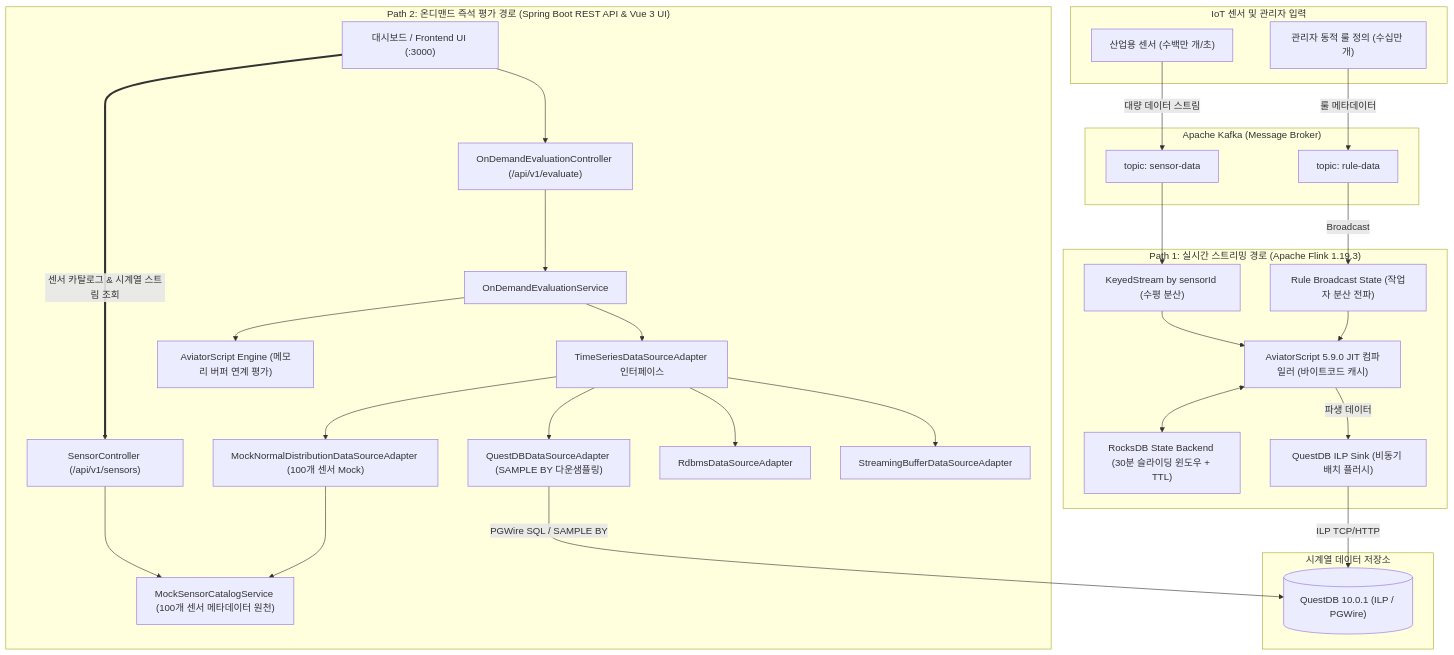
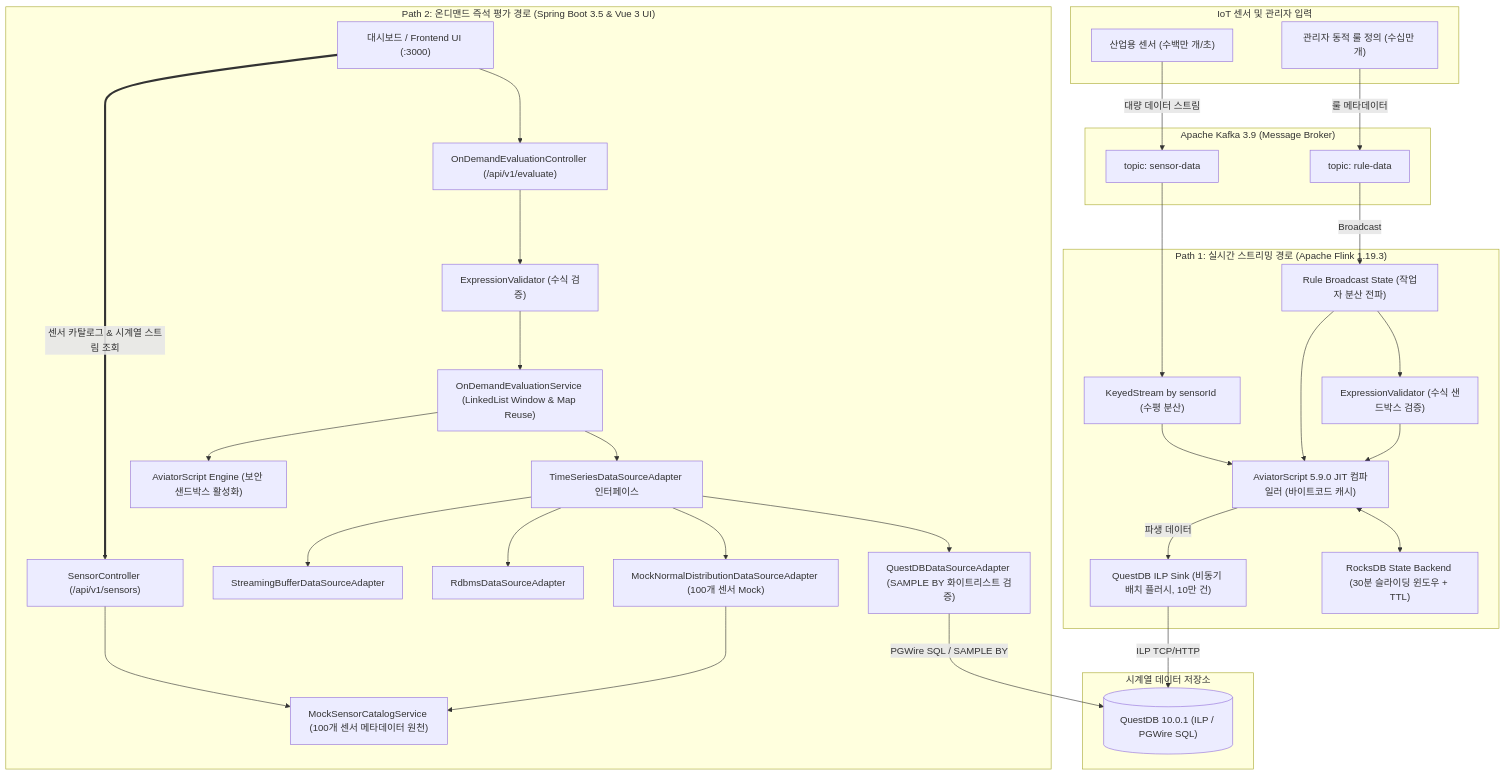
One commit to imoil/formula-evaluator-service changed the first of 3 diagrams in README.md. Above: the diagram before and after it, drawn with Mermaid. The commit also changed other lines of this file and 4 other files, not shown here.

First line of the commit message:
docs: update architecture, README, GEMINI, and frontend/streaming guides

````diff
--- a/README.md
+++ b/README.md
@@ -22,59 +22,64 @@
 ```mermaid
 flowchart TD
     subgraph DataSources["IoT 센서 및 관리자 입력"]
         SensorInput["산업용 센서 (수백만 개/초)"]
         RuleInput["관리자 동적 룰 정의 (수십만 개)"]
     end
 
-    subgraph KafkaCluster["Apache Kafka (Message Broker)"]
+    subgraph KafkaCluster["Apache Kafka 3.9 (Message Broker)"]
         SensorTopic["topic: sensor-data"]
         RuleTopic["topic: rule-data"]
     end
 
     SensorInput -->|대량 데이터 스트림| SensorTopic
     RuleInput -->|룰 메타데이터| RuleTopic
 
     subgraph StreamingPath["Path 1: 실시간 스트리밍 경로 (Apache Flink 1.19.3)"]
         BroadcastState["Rule Broadcast State (작업자 분산 전파)"]
         KeyedStream["KeyedStream by sensorId (수평 분산)"]
         RocksDBState["RocksDB State Backend (30분 슬라이딩 윈도우 + TTL)"]
+        SecCheck1["ExpressionValidator (수식 샌드박스 검증)"]
         AviatorJIT1["AviatorScript 5.9.0 JIT 컴파일러 (바이트코드 캐시)"]
-        ILPSink["QuestDB ILP Sink (비동기 배치 플러시)"]
+        ILPSink["QuestDB ILP Sink (비동기 배치 플러시, 10만 건)"]
 
         RuleTopic -->|Broadcast| BroadcastState
+        BroadcastState --> SecCheck1
+        SecCheck1 --> AviatorJIT1
         SensorTopic --> KeyedStream
         KeyedStream & BroadcastState --> AviatorJIT1
         AviatorJIT1 <--> RocksDBState
         AviatorJIT1 -->|파생 데이터| ILPSink
     end
 
     subgraph StorageLayer["시계열 데이터 저장소"]
-        QuestDB[("QuestDB 10.0.1 (ILP / PGWire)")]
+        QuestDB[("QuestDB 10.0.1 (ILP / PGWire SQL)")]
     end
 
     ILPSink -->|ILP TCP/HTTP| QuestDB
 
-    subgraph OnDemandPath["Path 2: 온디맨드 즉석 평가 경로 (Spring Boot REST API & Vue 3 UI)"]
+    subgraph OnDemandPath["Path 2: 온디맨드 즉석 평가 경로 (Spring Boot 3.5 & Vue 3 UI)"]
         ClientReq["대시보드 / Frontend UI (:3000)"]
         Controller1["OnDemandEvaluationController (/api/v1/evaluate)"]
         Controller2["SensorController (/api/v1/sensors)"]
-        Service["OnDemandEvaluationService"]
+        SecCheck2["ExpressionValidator (수식 검증)"]
+        Service["OnDemandEvaluationService (LinkedList Window & Map Reuse)"]
         Catalog["MockSensorCatalogService (100개 센서 메타데이터 원천)"]
         AdapterLayer["TimeSeriesDataSourceAdapter 인터페이스"]
-        QuestDBAdapter["QuestDBDataSourceAdapter (SAMPLE BY 다운샘플링)"]
+        QuestDBAdapter["QuestDBDataSourceAdapter (SAMPLE BY 화이트리스트 검증)"]
         MockAdapter["MockNormalDistributionDataSourceAdapter (100개 센서 Mock)"]
         RDBMSAdapter["RdbmsDataSourceAdapter"]
         BufferAdapter["StreamingBufferDataSourceAdapter"]
-        AviatorJIT2["AviatorScript Engine (메모리 버퍼 연계 평가)"]
+        AviatorJIT2["AviatorScript Engine (보안 샌드박스 활성화)"]
 
         ClientReq --> Controller1
+        Controller1 --> SecCheck2
+        SecCheck2 --> Service
         ClientReq ==>|센서 카탈로그 & 시계열 스트림 조회| Controller2
         Controller2 --> Catalog
-        Controller1 --> Service
         Service --> AdapterLayer
         AdapterLayer --> QuestDBAdapter & MockAdapter & RDBMSAdapter & BufferAdapter
         MockAdapter --> Catalog
         QuestDBAdapter -->|PGWire SQL / SAMPLE BY| QuestDB
         Service --> AviatorJIT2
     end
 ```
````
